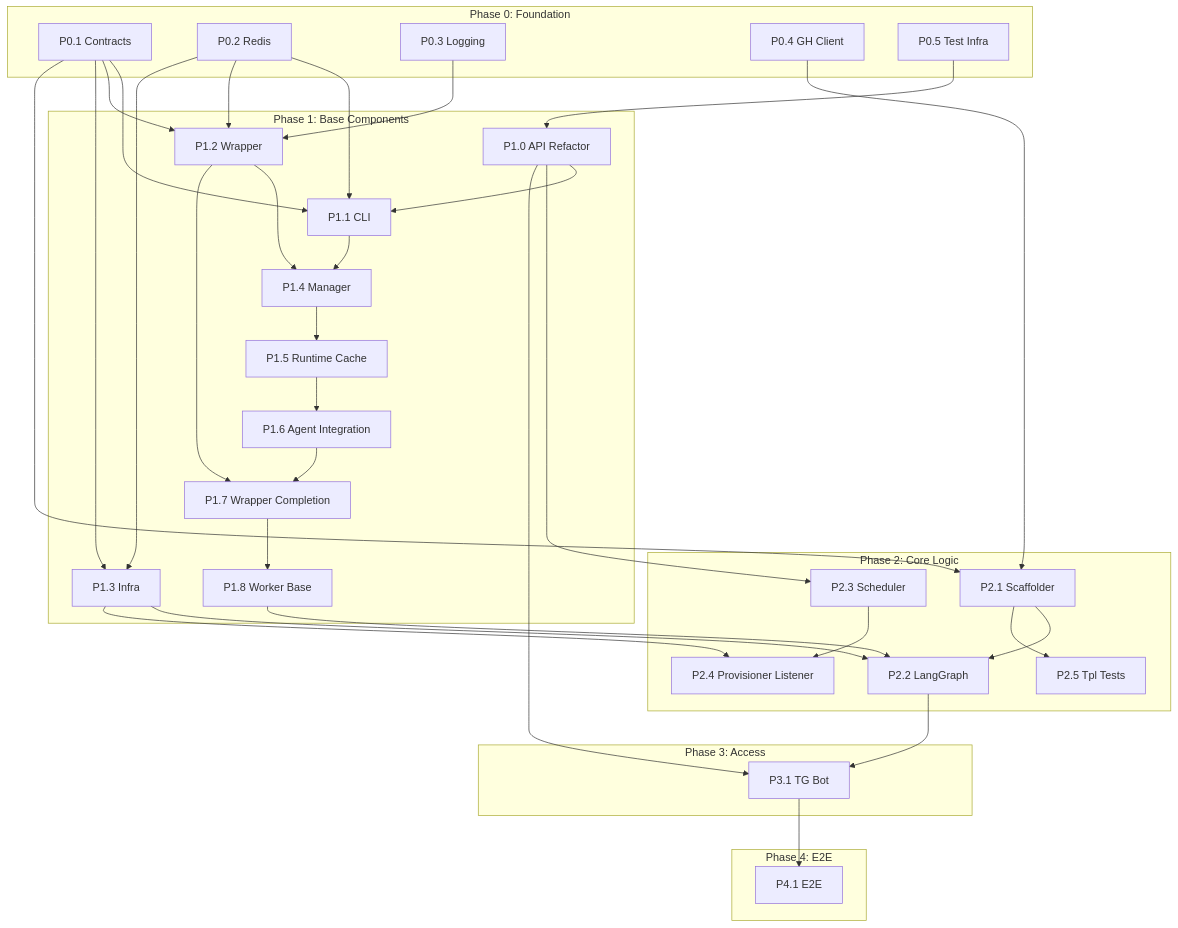
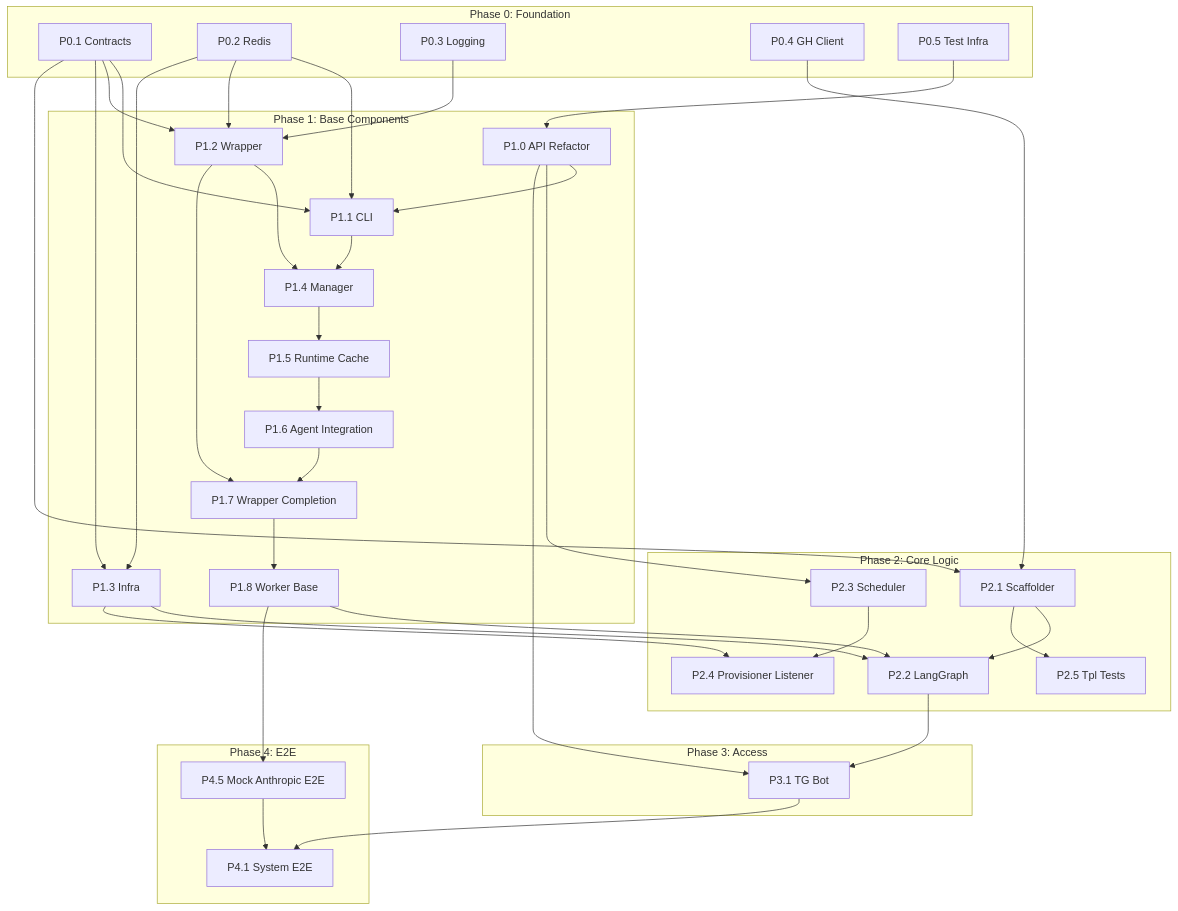
The diagram in docs/new_architecture/MIGRATION_PLAN.md (vladmesh/codegen_orchestrator), drawn with Mermaid before and after one commit. The commit also changed other lines of this file, not shown here.

First line of the commit message:
docs: update MIGRATION_PLAN with P4.5 Mock Anthropic E2E completion

````diff
--- a/docs/new_architecture/MIGRATION_PLAN.md
+++ b/docs/new_architecture/MIGRATION_PLAN.md
@@ -53,7 +53,8 @@
     end
 
     subgraph Phase4["Phase 4: E2E"]
-        P4_1[P4.1 E2E]
+        P4_5[P4.5 Mock Anthropic E2E]
+        P4_1[P4.1 System E2E]
     end
 
     %% Phase 1 Dependencies
@@ -97,5 +98,7 @@
     P2_2 --> P3_1
 
     %% Phase 4 Dependencies
+    P1_8 --> P4_5
+    P4_5 --> P4_1
     P3_1 --> P4_1
 ```
````
